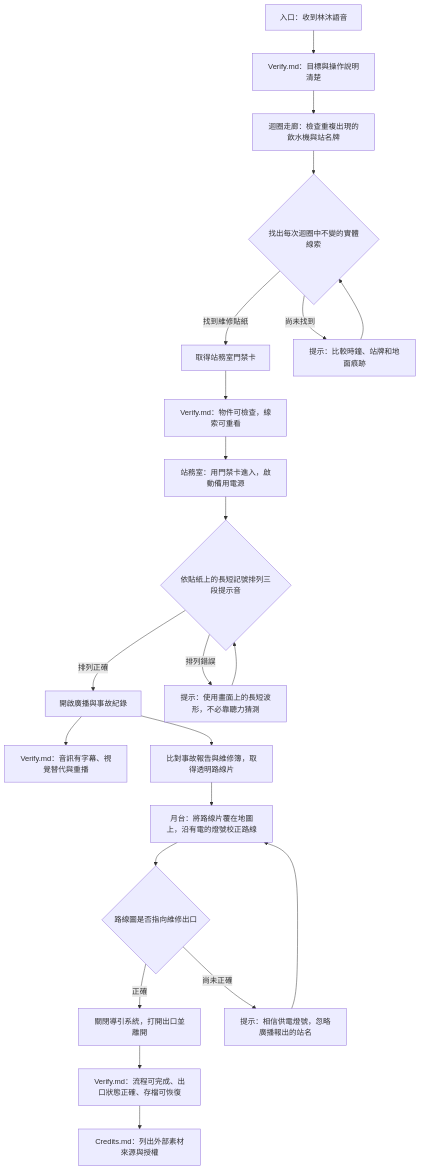
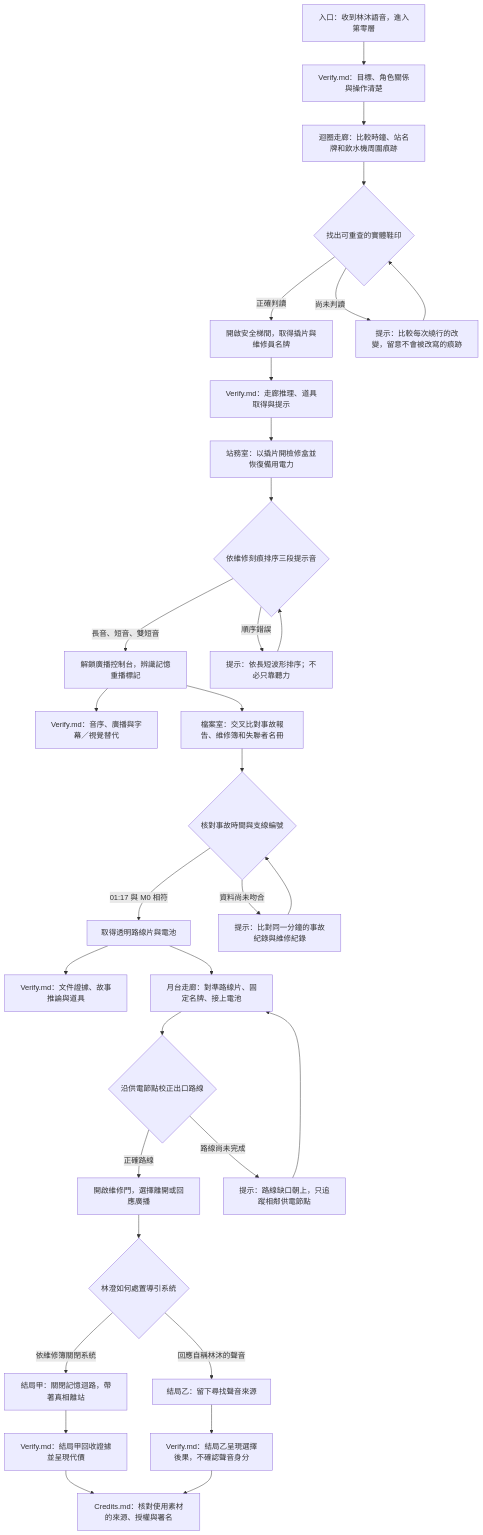
Before and after one commit to kevinliao998-bot/EscapeRoom: the diagram in brief.md, drawn with Mermaid. The commit also changed other lines of this file, not shown here.

````diff
--- a/brief.md
+++ b/brief.md
@@ -34,24 +35,34 @@
 ```mermaid
 flowchart TD
-    A["入口：收到林沐語音"] --> V1["Verify.md：目標與操作說明清楚"]
-    V1 --> B["迴圈走廊：檢查重複出現的飲水機與站名牌"]
-    B --> C{"找出每次迴圈中不變的實體線索"}
-    C -->|找到維修貼紙| D["取得站務室門禁卡"]
-    C -->|尚未找到| H1["提示：比較時鐘、站牌和地面痕跡"]
+    A["入口：收到林沐語音，進入第零層"] --> V1["Verify.md：目標、角色關係與操作清楚"]
+    V1 --> B["迴圈走廊：比較時鐘、站名牌和飲水機周圍痕跡"]
+    B --> C{"找出可重查的實體鞋印"}
+    C -->|正確判讀| D["開啟安全梯間，取得撬片與維修員名牌"]
+    C -->|尚未判讀| H1["提示：比較每次繞行的改變，留意不會被改寫的痕跡"]
     H1 --> C
-    D --> V2["Verify.md：物件可檢查，線索可重看"]
-    V2 --> E["站務室：用門禁卡進入，啟動備用電源"]
-    E --> F{"依貼紙上的長短記號排列三段提示音"}
-    F -->|排列正確| G["開啟廣播與事故紀錄"]
-    F -->|排列錯誤| H2["提示：使用畫面上的長短波形，不必靠聽力猜測"]
+    D --> V2["Verify.md：走廊推理、道具取得與提示"]
+    V2 --> E["站務室：以撬片開檢修盒並恢復備用電力"]
+    E --> F{"依維修刻痕排序三段提示音"}
+    F -->|長音、短音、雙短音| G["解鎖廣播控制台，辨識記憶重播標記"]
+    F -->|順序錯誤| H2["提示：依長短波形排序；不必只靠聽力"]
     H2 --> F
-    G --> V3["Verify.md：音訊有字幕、視覺替代與重播"]
-    G --> I["比對事故報告與維修簿，取得透明路線片"]
-    I --> J["月台：將路線片覆在地圖上，沿有電的燈號校正路線"]
-    J --> K{"路線圖是否指向維修出口"}
-    K -->|正確| L["關閉導引系統，打開出口並離開"]
-    K -->|尚未正確| H3["提示：相信供電燈號，忽略廣播報出的站名"]
+    G --> V3["Verify.md：音序、廣播與字幕／視覺替代"]
+    G --> I["檔案室：交叉比對事故報告、維修簿和失聯者名冊"]
+    I --> J{"核對事故時間與支線編號"}
+    J -->|01:17 與 M0 相符| K["取得透明路線片與電池"]
+    J -->|資料尚未吻合| H3["提示：比對同一分鐘的事故紀錄與維修紀錄"]
     H3 --> J
-    L --> V4["Verify.md：流程可完成、出口狀態正確、存檔可恢復"]
-    V4 --> M["Credits.md：列出外部素材來源與授權"]
+    K --> V4["Verify.md：文件證據、故事推論與道具"]
+    K --> L["月台走廊：對準路線片、固定名牌、接上電池"]
+    L --> M{"沿供電節點校正出口路線"}
+    M -->|正確路線| N["開啟維修門，選擇離開或回應廣播"]
+    M -->|路線尚未完成| H4["提示：路線缺口朝上，只追蹤相鄰供電節點"]
+    H4 --> L
+    N --> O{"林澄如何處置導引系統"}
+    O -->|依維修簿關閉系統| P["結局甲：關閉記憶迴路，帶著真相離站"]
+    O -->|回應自稱林沐的聲音| Q["結局乙：留下尋找聲音來源"]
+    P --> V5["Verify.md：結局甲回收證據並呈現代價"]
+    Q --> V6["Verify.md：結局乙呈現選擇後果，不確認聲音身分"]
+    V5 --> R["Credits.md：核對使用素材的來源、授權與署名"]
+    V6 --> R
 ```
````
